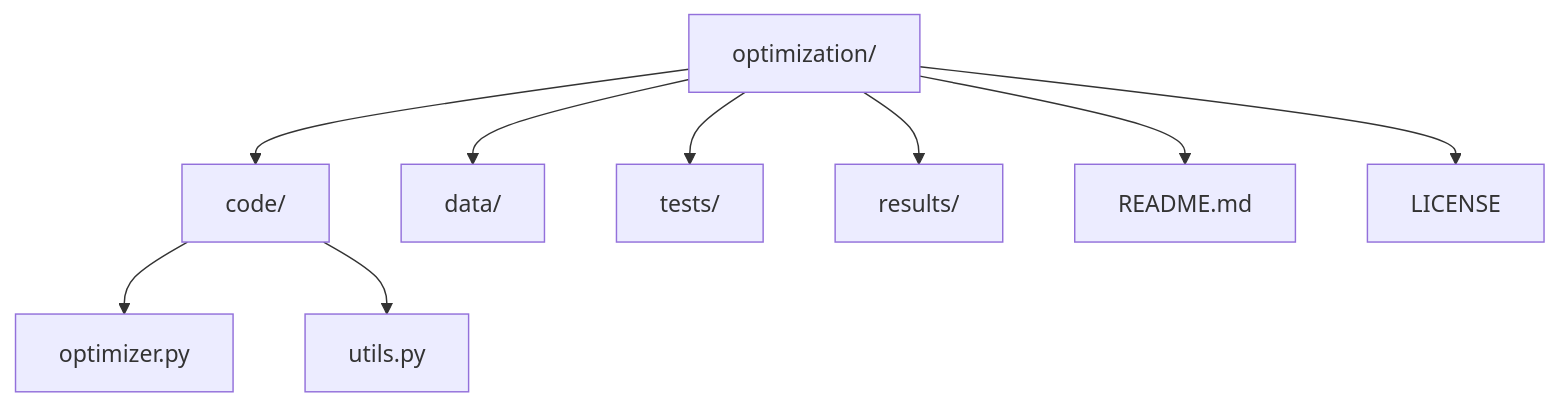
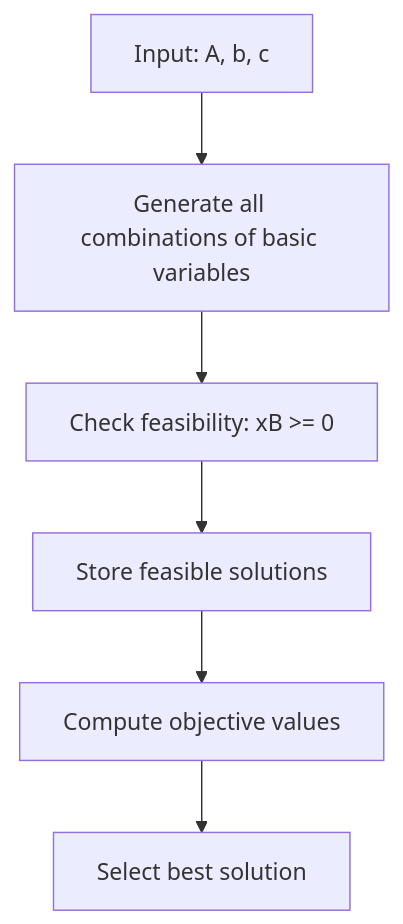
The second of 2 diagrams in README.md (yxshee/optimization), drawn with Mermaid before and after one commit. The commit also changed other lines of this file, not shown here.

````diff
--- a/README.md
+++ b/README.md
@@ -51,11 +52,8 @@
 ```mermaid
-graph TD
-    A[optimization/] --> B[code/]
-    A --> C[data/]
-    A --> D[tests/]
-    A --> E[results/]
-    A --> F[README.md]
-    A --> G[LICENSE]
-    B --> H[optimizer.py]
-    B --> I[utils.py]
+flowchart TD
+    A[Input: A, b, c] --> B[Generate all combinations of basic variables]
+    B --> C[Check feasibility: xB &gt;= 0]
+    C --> D[Store feasible solutions]
+    D --> E[Compute objective values]
+    E --> F[Select best solution]
 ```
````
